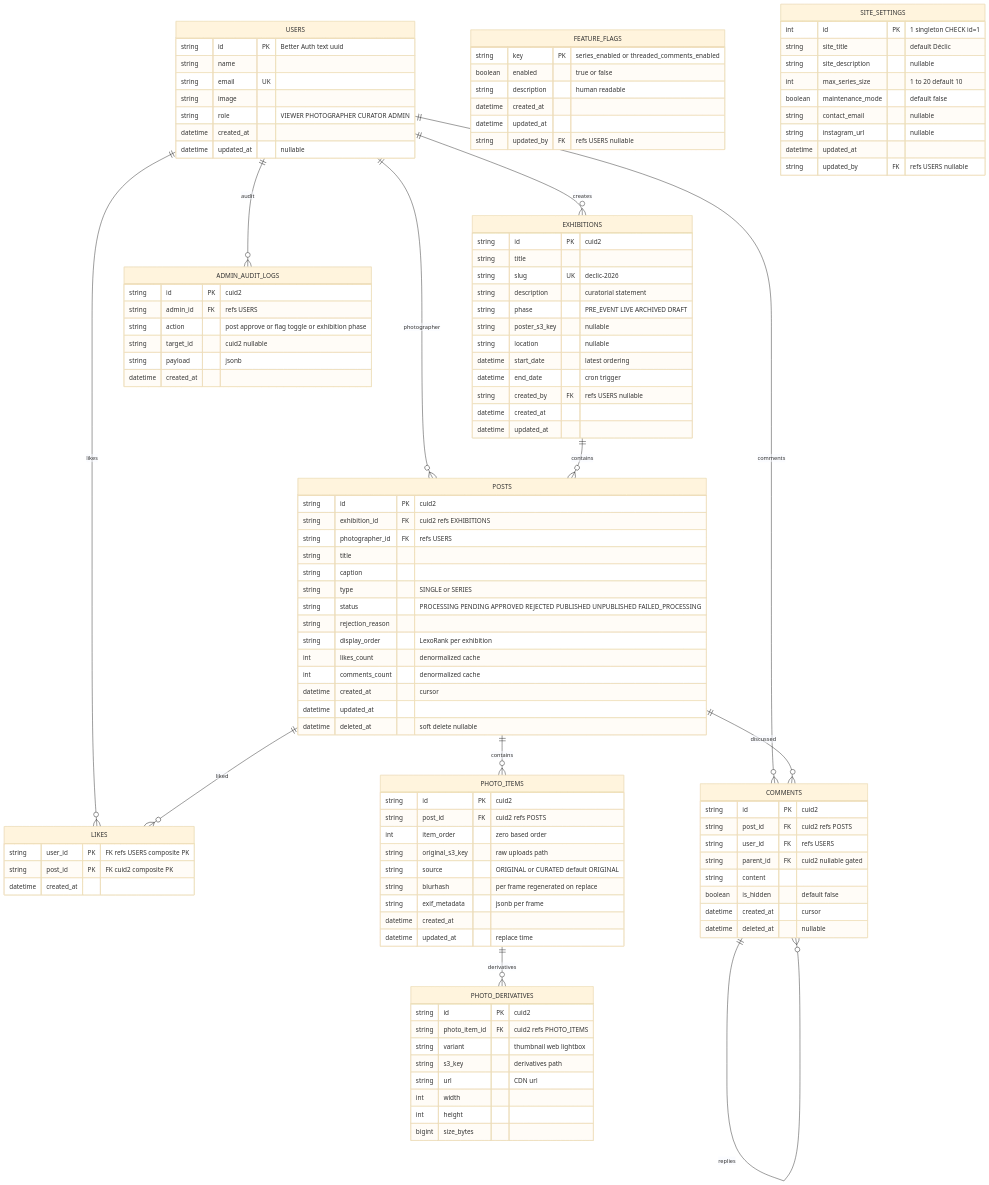
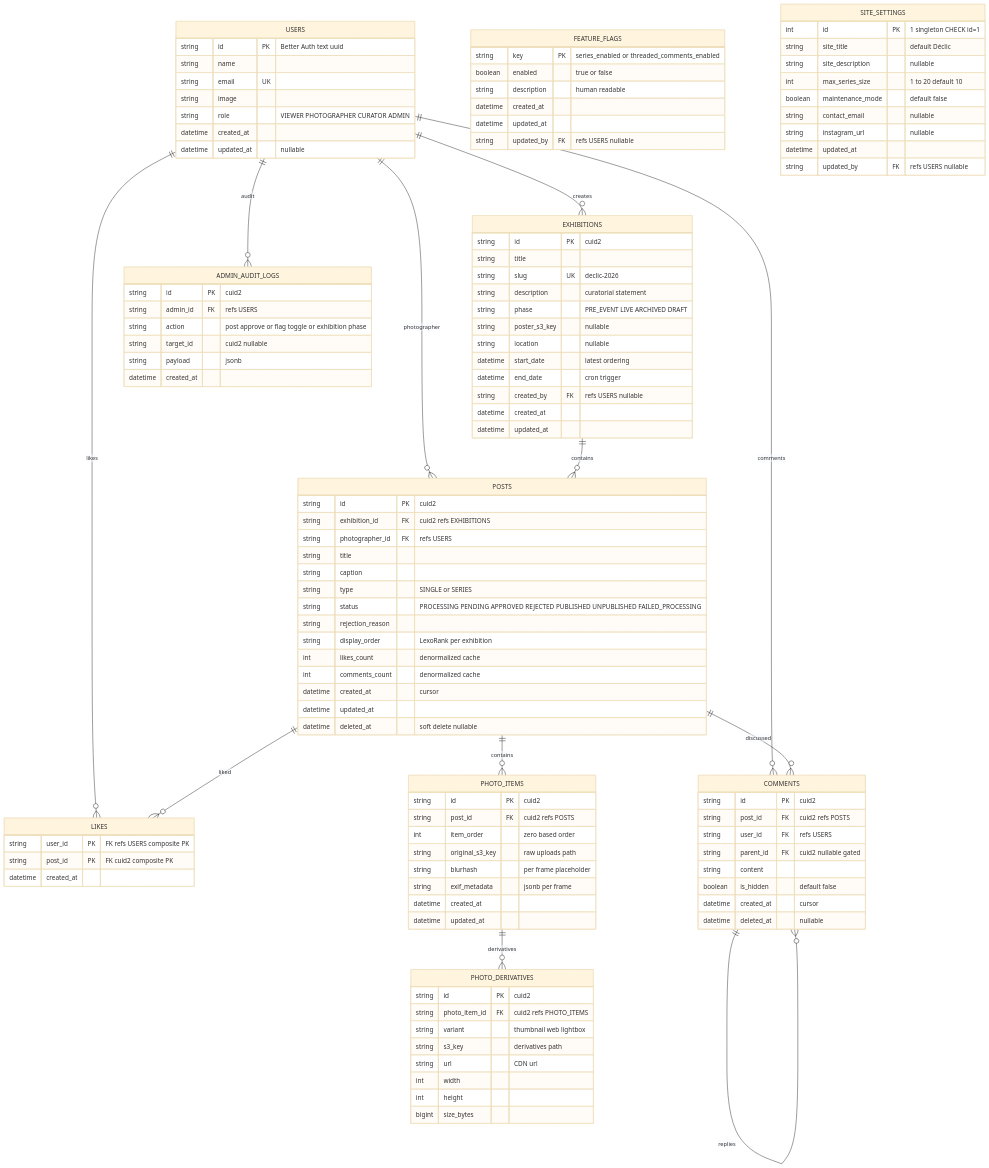
The diagram in docs/data/db-schema.md (bal16/declic-web), drawn with Mermaid (base theme) before and after one commit. The commit also changed other lines of this file and 21 other files, not shown here.

```diff
--- a/docs/data/db-schema.md
+++ b/docs/data/db-schema.md
@@ -86,11 +86,10 @@
         string post_id FK "cuid2 refs POSTS"
         int item_order "zero based order"
         string original_s3_key "raw uploads path"
-        string source "ORIGINAL or CURATED default ORIGINAL"
-        string blurhash "per frame regenerated on replace"
+        string blurhash "per frame placeholder"
         string exif_metadata "jsonb per frame"
         datetime created_at
-        datetime updated_at "replace time"
+        datetime updated_at
     }
 
     PHOTO_DERIVATIVES {
```
